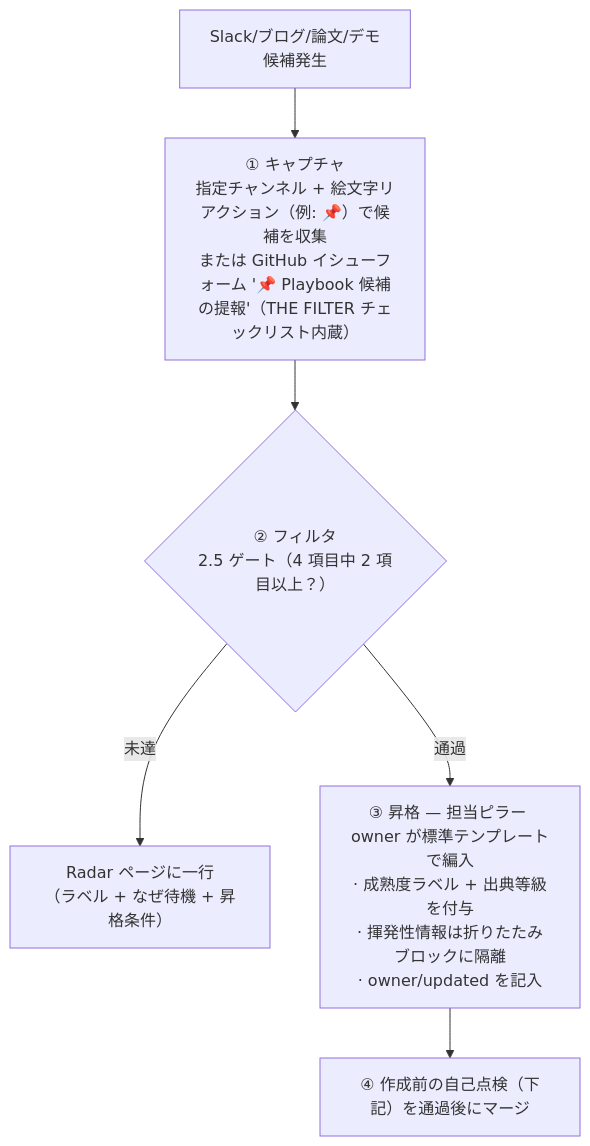
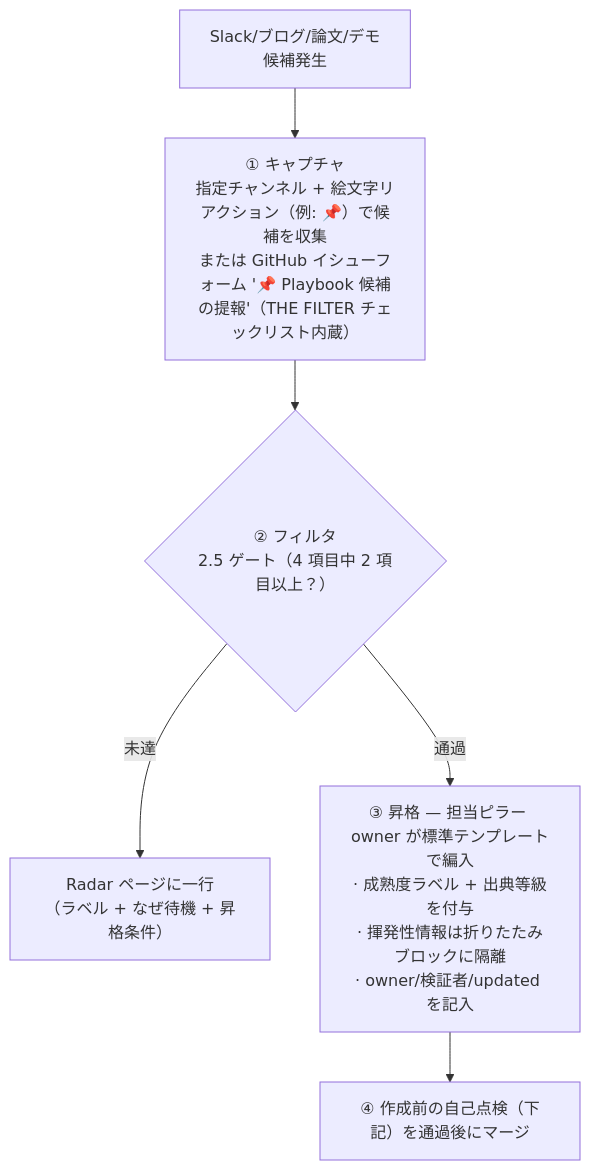
Before and after one commit to comeddy/pai-playbook: the diagram in docs/maintenance.ja.md, drawn with Mermaid. The commit also changed other lines of this file and 9 other files, not shown here.

````diff
--- a/docs/maintenance.ja.md
+++ b/docs/maintenance.ja.md
@@ -107,8 +108,8 @@
 ```mermaid
 graph TD
     S["Slack/ブログ/論文/デモ<br>候補発生"] --> C["① キャプチャ<br>指定チャンネル + 絵文字リアクション（例: 📌）で候補を収集<br>または GitHub イシューフォーム '📌 Playbook 候補の提報'（THE FILTER チェックリスト内蔵）"]
     C --> F{"② フィルタ<br>2.5 ゲート（4 項目中 2 項目以上？）"}
     F -- 未達 --> RD["Radar ページに一行<br>（ラベル + なぜ待機 + 昇格条件）"]
-    F -- 通過 --> PR["③ 昇格 — 担当ピラー owner が標準テンプレートで編入<br>· 成熟度ラベル + 出典等級を付与<br>· 揮発性情報は折りたたみブロックに隔離<br>· owner/updated を記入"]
+    F -- 通過 --> PR["③ 昇格 — 担当ピラー owner が標準テンプレートで編入<br>· 成熟度ラベル + 出典等級を付与<br>· 揮発性情報は折りたたみブロックに隔離<br>· owner/検証者/updated を記入"]
     PR --> M["④ 作成前の自己点検（下記）を通過後にマージ"]
 ```
````
